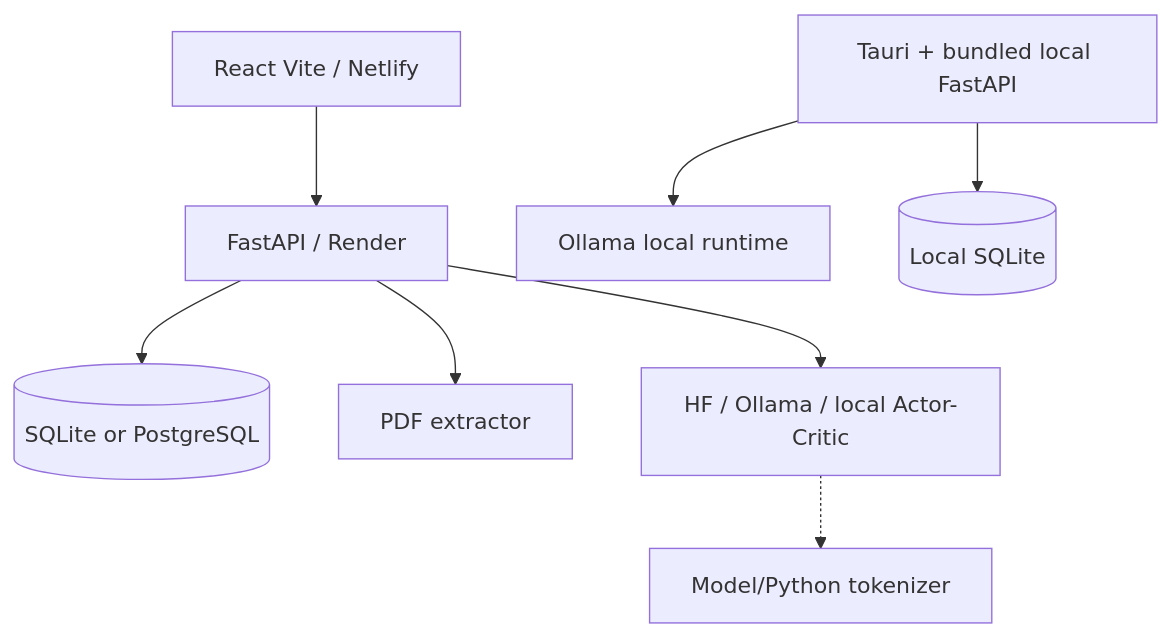
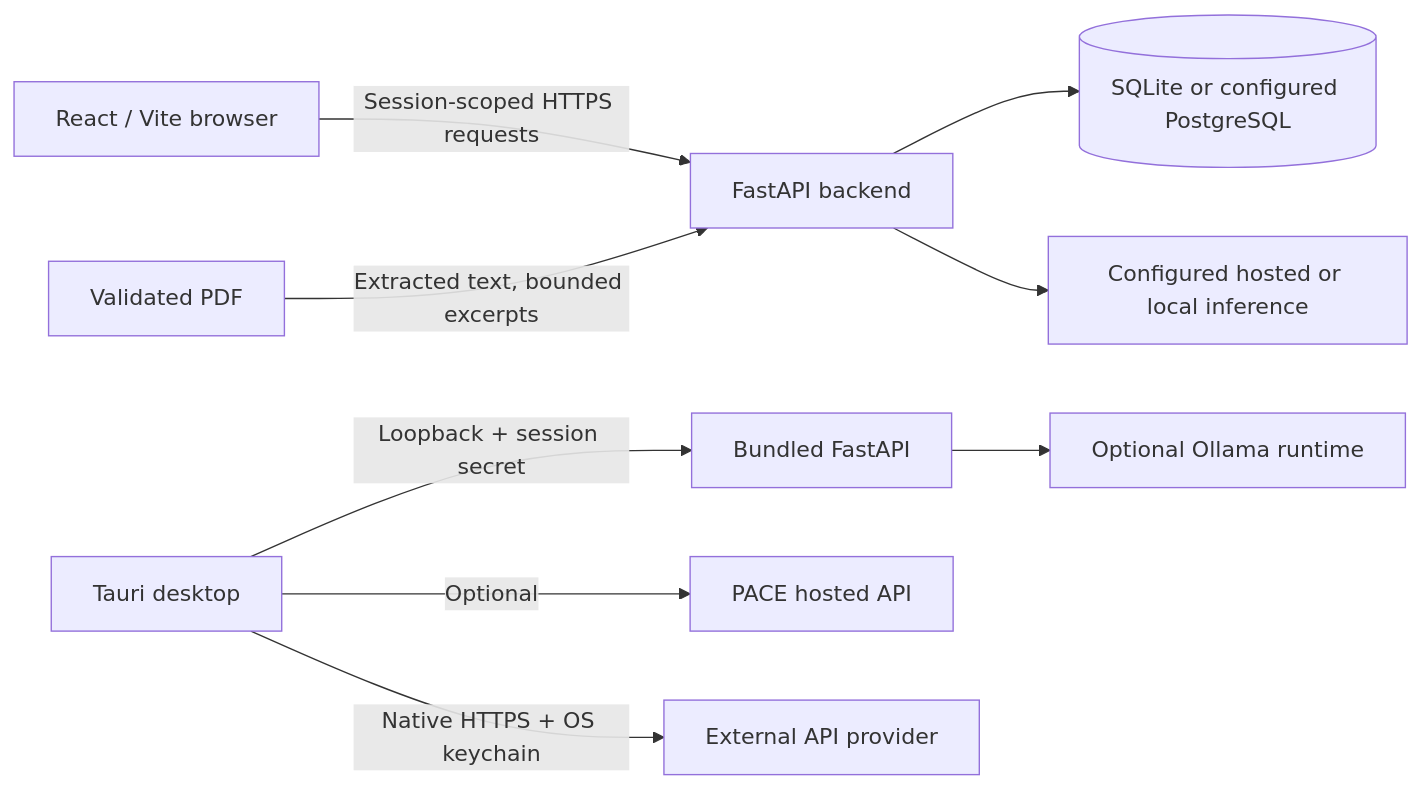
The diagram in README.md (KiritoTempest175/PACE), drawn with Mermaid before and after one commit. The commit also changed other lines of this file and 7 other files, not shown here.

````diff
--- a/README.md
+++ b/README.md
@@ -27,10 +31,11 @@
 ```mermaid
-flowchart TD
-  Web[React Vite / Netlify] --> API[FastAPI / Render]
-  API --> DB[(SQLite or PostgreSQL)]
-  API --> PDFs[PDF extractor]
-  API --> AI[HF / Ollama / local Actor-Critic]
-  AI -.-> Tokens[Model/Python tokenizer]
-  Desktop[Tauri + bundled local FastAPI] --> Ollama[Ollama local runtime]
-  Desktop --> LocalDB[(Local SQLite)]
+flowchart LR
+  UI[React / Vite browser] -->|Session-scoped HTTPS requests| API[FastAPI backend]
+  API --> DB[(SQLite or configured PostgreSQL)]
+  API --> AI[Configured hosted or local inference]
+  PDF[Validated PDF] -->|Extracted text, bounded excerpts| API
+  DESK[Tauri desktop] -->|Loopback + session secret| LOCAL[Bundled FastAPI]
+  LOCAL --> OLLAMA[Optional Ollama runtime]
+  DESK -->|Optional| HOSTED[PACE hosted API]
+  DESK -->|Native HTTPS + OS keychain| PROVIDER[External API provider]
 ```
````
